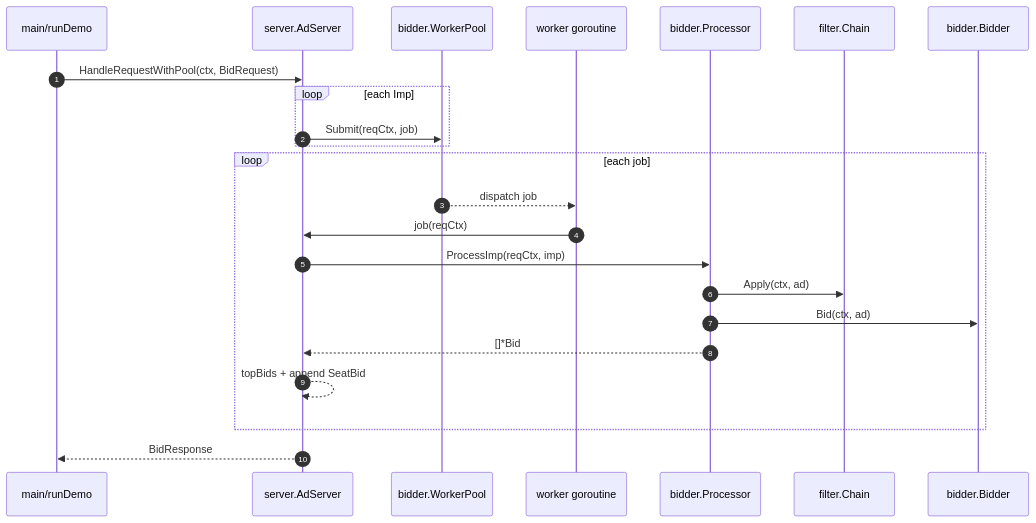
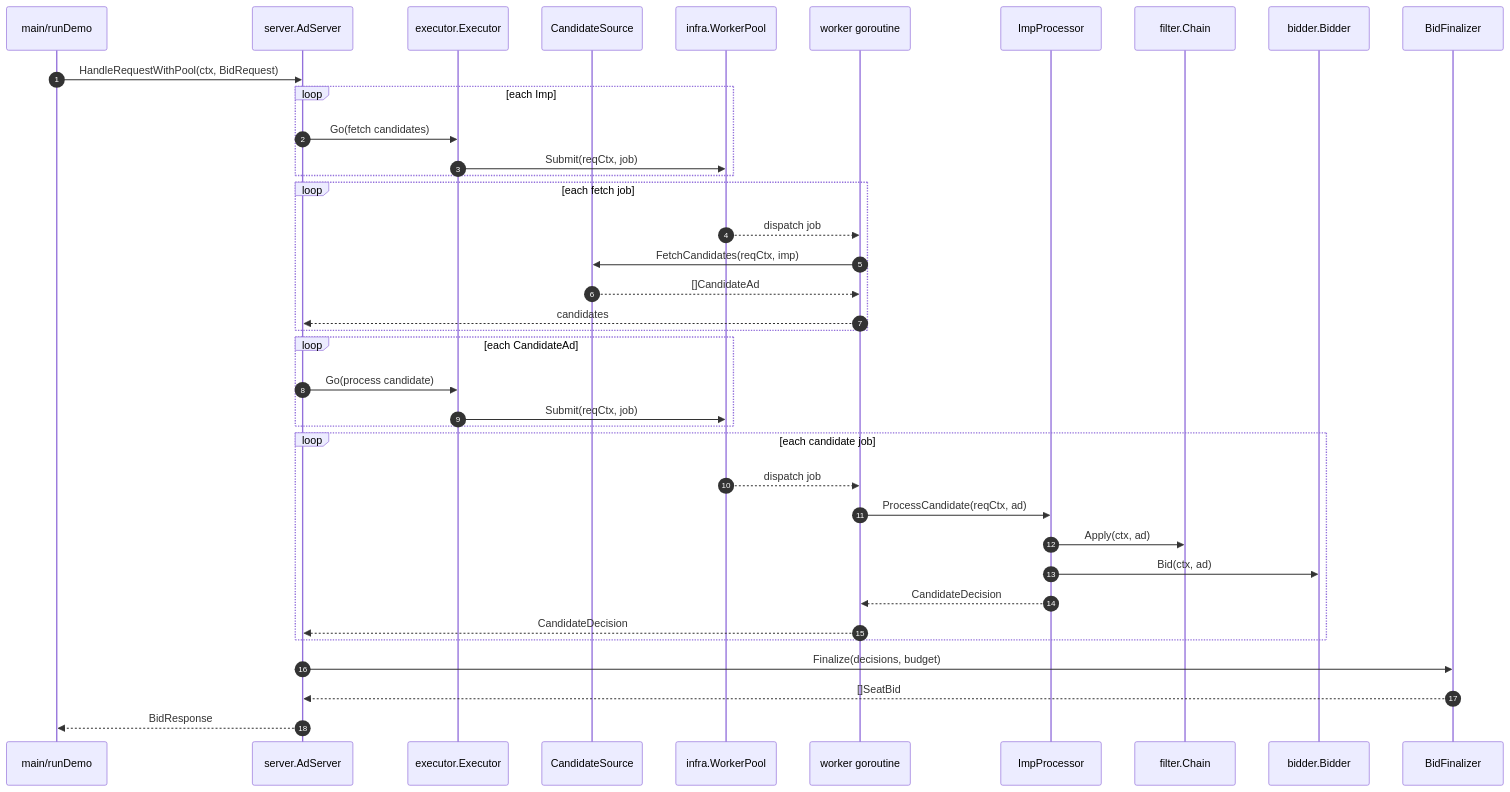
One commit to songfei1983/adreq changed the second of 2 diagrams in docs/sequence.en.md. Above: the diagram before and after it, drawn with Mermaid. The commit also changed other lines of this file and 27 other files, not shown here.

````diff
--- a/docs/sequence.en.md
+++ b/docs/sequence.en.md
@@ -48,26 +53,41 @@
 ```mermaid
 sequenceDiagram
   autonumber
   participant Caller as main/runDemo
   participant S as server.AdServer
-  participant WP as bidder.WorkerPool
+  participant E as executor.Executor
+  participant CS as CandidateSource
+  participant WP as infra.WorkerPool
   participant W as worker goroutine
-  participant P as bidder.Processor
+  participant P as ImpProcessor
   participant FC as filter.Chain
   participant B as bidder.Bidder
+  participant Fin as BidFinalizer
 
   Caller->>S: HandleRequestWithPool(ctx, BidRequest)
   loop each Imp
-    S->>WP: Submit(reqCtx, job)
+    S->>E: Go(fetch candidates)
+    E->>WP: Submit(reqCtx, job)
   end
-  loop each job
+  loop each fetch job
     WP-->>W: dispatch job
-    W->>S: job(reqCtx)
-    S->>P: ProcessImp(reqCtx, imp)
+    W->>CS: FetchCandidates(reqCtx, imp)
+    CS-->>W: []CandidateAd
+    W-->>S: candidates
+  end
+  loop each CandidateAd
+    S->>E: Go(process candidate)
+    E->>WP: Submit(reqCtx, job)
+  end
+  loop each candidate job
+    WP-->>W: dispatch job
+    W->>P: ProcessCandidate(reqCtx, ad)
     P->>FC: Apply(ctx, ad)
     P->>B: Bid(ctx, ad)
-    P-->>S: []*Bid
-    S-->>S: topBids + append SeatBid
+    P-->>W: CandidateDecision
+    W-->>S: CandidateDecision
   end
+  S->>Fin: Finalize(decisions, budget)
+  Fin-->>S: []SeatBid
   S-->>Caller: BidResponse
 ```
````
